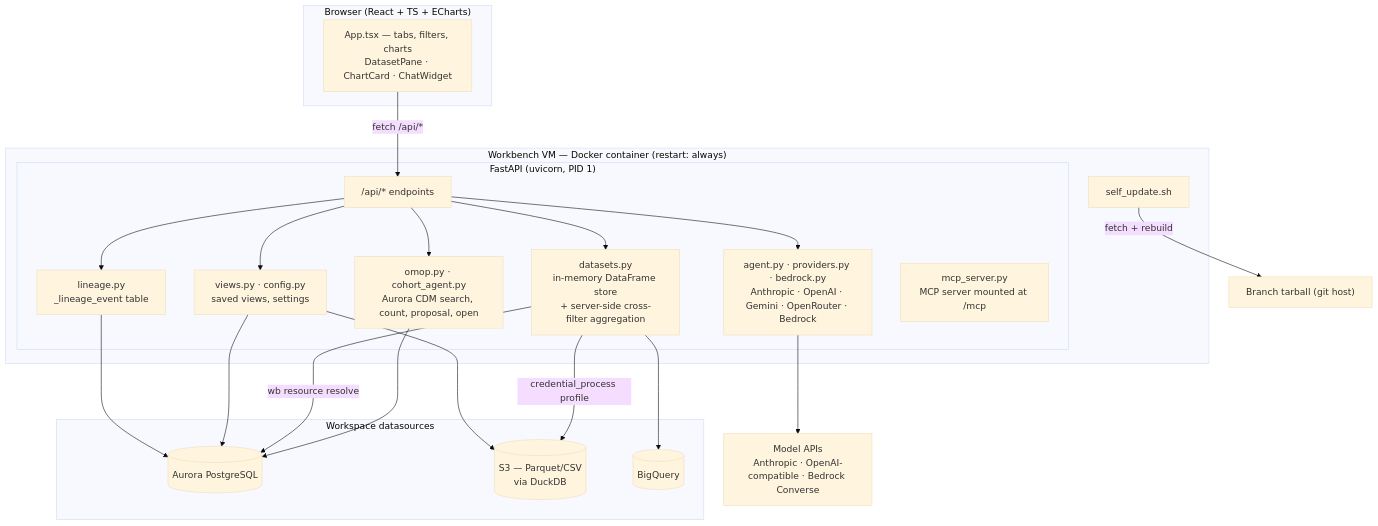
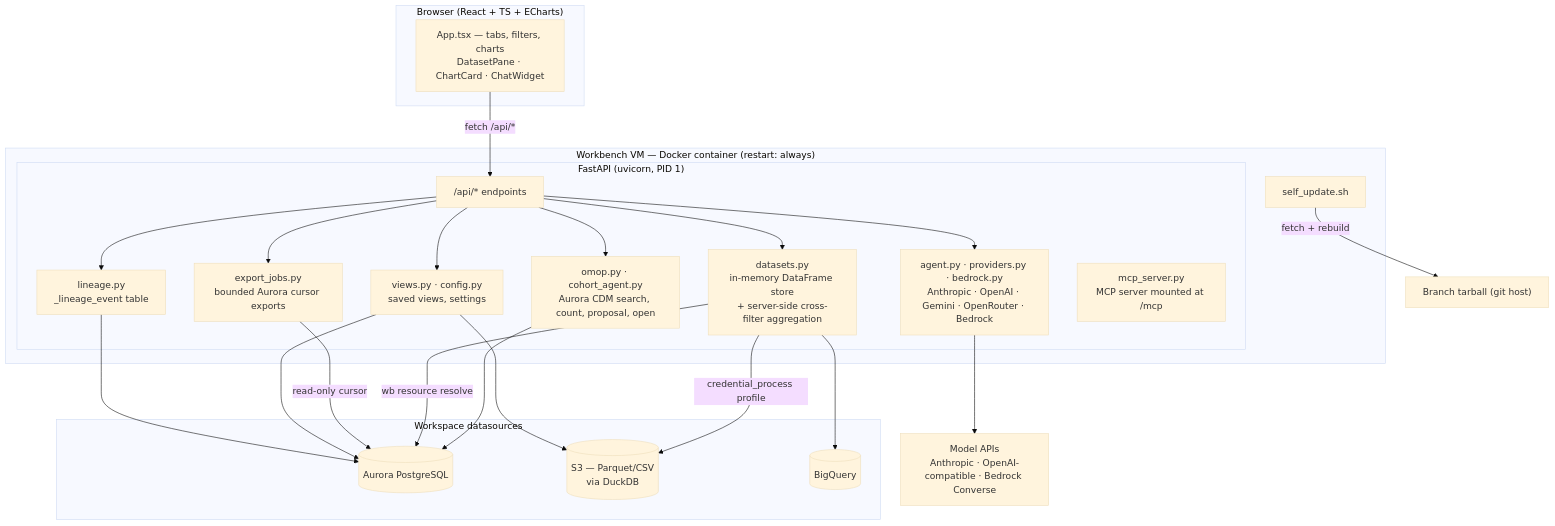
Before and after one commit to verily-src/workbench-app-devcontainers: the first of 3 diagrams in src/cohort-studio/docs/architecture.md, drawn with Mermaid (base theme). The commit also changed other lines of this file and 27 other files, not shown here.

````diff
--- a/src/cohort-studio/docs/architecture.md
+++ b/src/cohort-studio/docs/architecture.md
@@ -9,44 +9,47 @@
 ```mermaid
 flowchart TB
   subgraph Browser["Browser (React + TS + ECharts)"]
     UI["App.tsx — tabs, filters, charts<br/>DatasetPane · ChartCard · ChatWidget"]
   end
 
   subgraph VM["Workbench VM — Docker container (restart: always)"]
     subgraph API["FastAPI (uvicorn, PID 1)"]
       EP["/api/* endpoints"]
       STORE["datasets.py<br/>in-memory DataFrame store<br/>+ server-side cross-filter aggregation"]
+      EXPORT["export_jobs.py<br/>bounded Aurora cursor exports"]
       AGENT["agent.py · providers.py · bedrock.py<br/>Anthropic · OpenAI · Gemini · OpenRouter · Bedrock"]
       OMOP["omop.py · cohort_agent.py<br/>Aurora CDM search, count, proposal, open"]
       VIEWS["views.py · config.py<br/>saved views, settings"]
       LIN["lineage.py<br/>_lineage_event table"]
       MCPS["mcp_server.py<br/>MCP server mounted at /mcp"]
     end
     SU["self_update.sh"]
   end
 
   subgraph Data["Workspace datasources"]
     AUR[("Aurora PostgreSQL")]
     S3[("S3 — Parquet/CSV<br/>via DuckDB")]
     BQ[("BigQuery")]
   end
 
   LLM["Model APIs<br/>Anthropic · OpenAI-compatible · Bedrock Converse"]
   GH["Branch tarball (git host)"]
 
   UI -->|"fetch /api/*"| EP
   EP --> STORE
+  EP --> EXPORT
   EP --> AGENT
   EP --> OMOP
   EP --> VIEWS
   EP --> LIN
   AGENT --> LLM
   OMOP --> AUR
   STORE -->|"wb resource resolve"| AUR
   STORE -->|"credential_process profile"| S3
   STORE --> BQ
+  EXPORT -->|"read-only cursor"| AUR
   VIEWS --> AUR
   VIEWS --> S3
   LIN --> AUR
   SU -->|"fetch + rebuild"| GH
 ```
````
